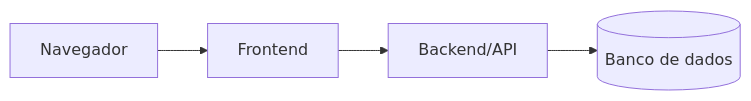
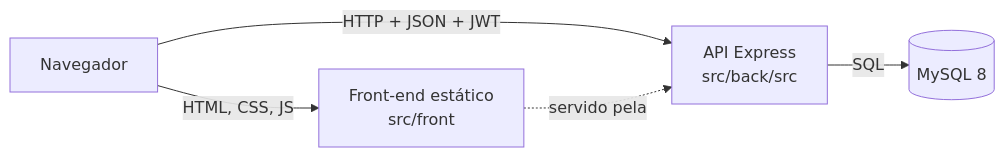
One commit to gigi-zacaroni/tp-eng-software changed the second of 3 diagrams in docs/arquitetura/arquitetura.md. Above: the diagram before and after it, drawn with Mermaid. The commit also changed other lines of this file, not shown here.

````diff
--- a/docs/arquitetura/arquitetura.md
+++ b/docs/arquitetura/arquitetura.md
@@ -24,6 +30,7 @@
 ```mermaid
 flowchart LR
-    B[Navegador] --> F[Frontend]
-    F --> API[Backend/API]
-    API --> DB[(Banco de dados)]
+    B[Navegador] -->|HTML, CSS, JS| F[Front-end estático<br/>src/front]
+    B -->|HTTP + JSON + JWT| API[API Express<br/>src/back/src]
+    F -. servido pela .-> API
+    API -->|SQL| DB[(MySQL 8)]
 ```
````
